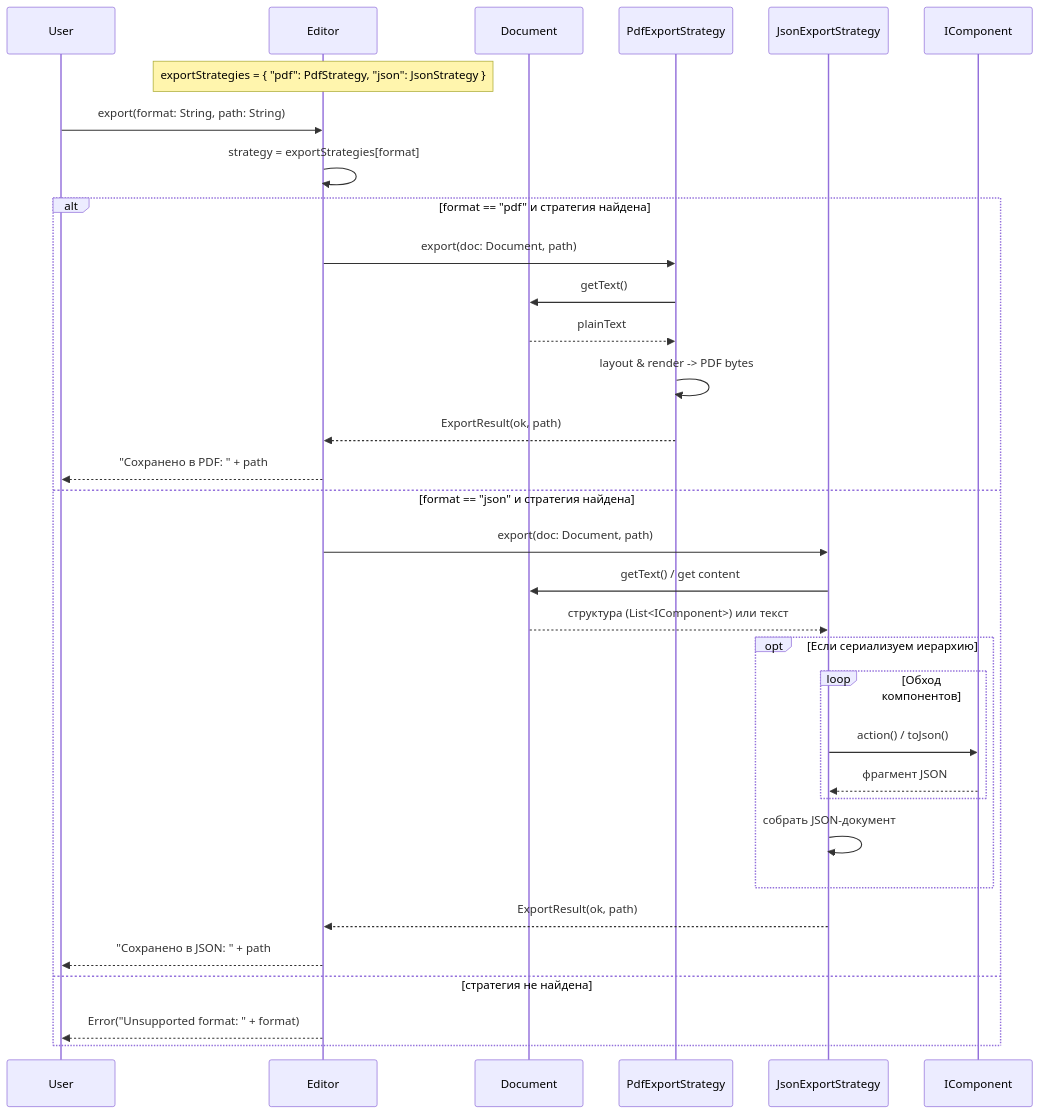
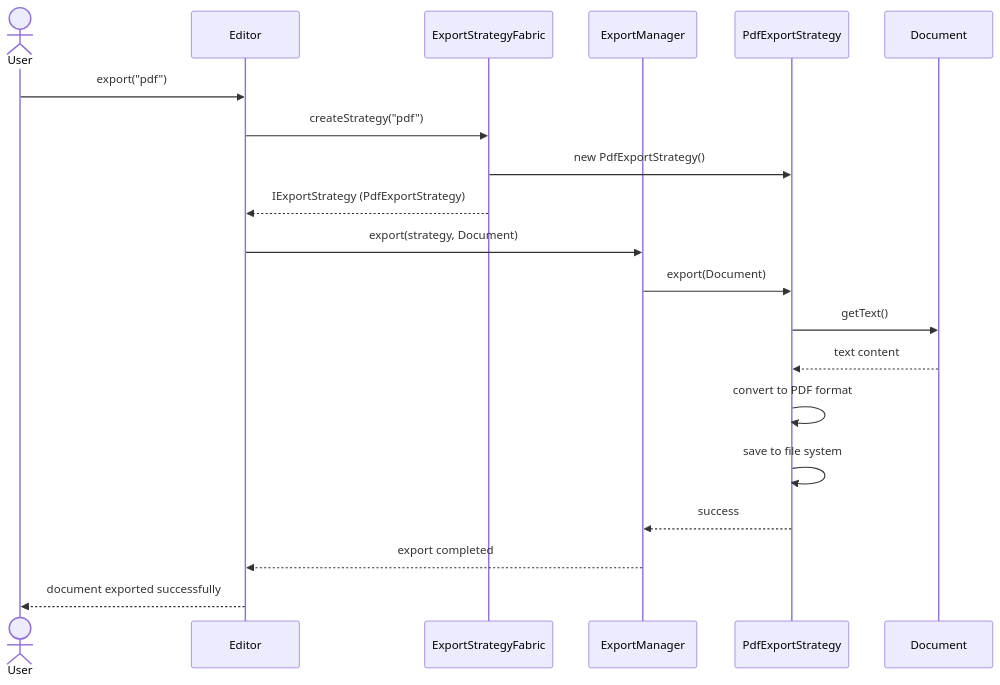
Before and after one commit to penamarth/bsbo-16-23_team5_var11_textedit: the diagram in Документация/Преценденты/Сохранение документа в разных форматах/Диаграмма последовательности Сохранение документа.md, drawn with Mermaid.

````diff
--- a/Документация/Преценденты/Сохранение документа в разных форматах/Диаграмма последовательности Сохранение документа.md
+++ b/Документация/Преценденты/Сохранение документа в разных форматах/Диаграмма последовательности Сохранение документа.md
@@ -1,38 +1,29 @@
 ```mermaid
 sequenceDiagram
-    participant User
+    actor User
     participant Editor
+    participant ExportStrategyFabric
+    participant ExportManager
+    participant PdfExportStrategy
     participant Document
-    participant PdfStrategy as PdfExportStrategy
-    participant JsonStrategy as JsonExportStrategy
-    participant IComp as IComponent
 
-    Note over Editor: exportStrategies = { "pdf": PdfStrategy, "json": JsonStrategy }
-
-    User->>Editor: export(format: String, path: String)
-    Editor->>Editor: strategy = exportStrategies[format]
-
-    alt format == "pdf" и стратегия найдена
-        Editor->>PdfStrategy: export(doc: Document, path)
-        PdfStrategy->>Document: getText()
-        Document-->>PdfStrategy: plainText
-        PdfStrategy->>PdfStrategy: layout & render -> PDF bytes
-        PdfStrategy-->>Editor: ExportResult(ok, path)
-        Editor-->>User: "Сохранено в PDF: " + path
-    else format == "json" и стратегия найдена
-        Editor->>JsonStrategy: export(doc: Document, path)
-        JsonStrategy->>Document: getText() / get content
-        Document-->>JsonStrategy: структура (List<IComponent>) или текст
-        opt Если сериализуем иерархию
-            loop Обход компонентов
-                JsonStrategy->>IComp: action() / toJson()
-                IComp-->>JsonStrategy: фрагмент JSON 
-            end
-            JsonStrategy->>JsonStrategy: собрать JSON-документ
-        end
-        JsonStrategy-->>Editor: ExportResult(ok, path)
-        Editor-->>User: "Сохранено в JSON: " + path
-    else стратегия не найдена
-        Editor-->>User: Error("Unsupported format: " + format)
-    end
+    User->>Editor: export("pdf")
+    
+    Editor->>ExportStrategyFabric: createStrategy("pdf")
+    ExportStrategyFabric->>PdfExportStrategy: new PdfExportStrategy()
+    ExportStrategyFabric-->>Editor: IExportStrategy (PdfExportStrategy)
+    
+    
+    Editor->>ExportManager: export(strategy, Document)
+    ExportManager->>PdfExportStrategy: export(Document)
+    
+    PdfExportStrategy->>Document: getText()
+    Document-->>PdfExportStrategy: text content
+    
+    PdfExportStrategy->>PdfExportStrategy: convert to PDF format
+    PdfExportStrategy->>PdfExportStrategy: save to file system
+    
+    PdfExportStrategy-->>ExportManager: success
+    ExportManager-->>Editor: export completed
+    Editor-->>User: document exported successfully
 ```
````
